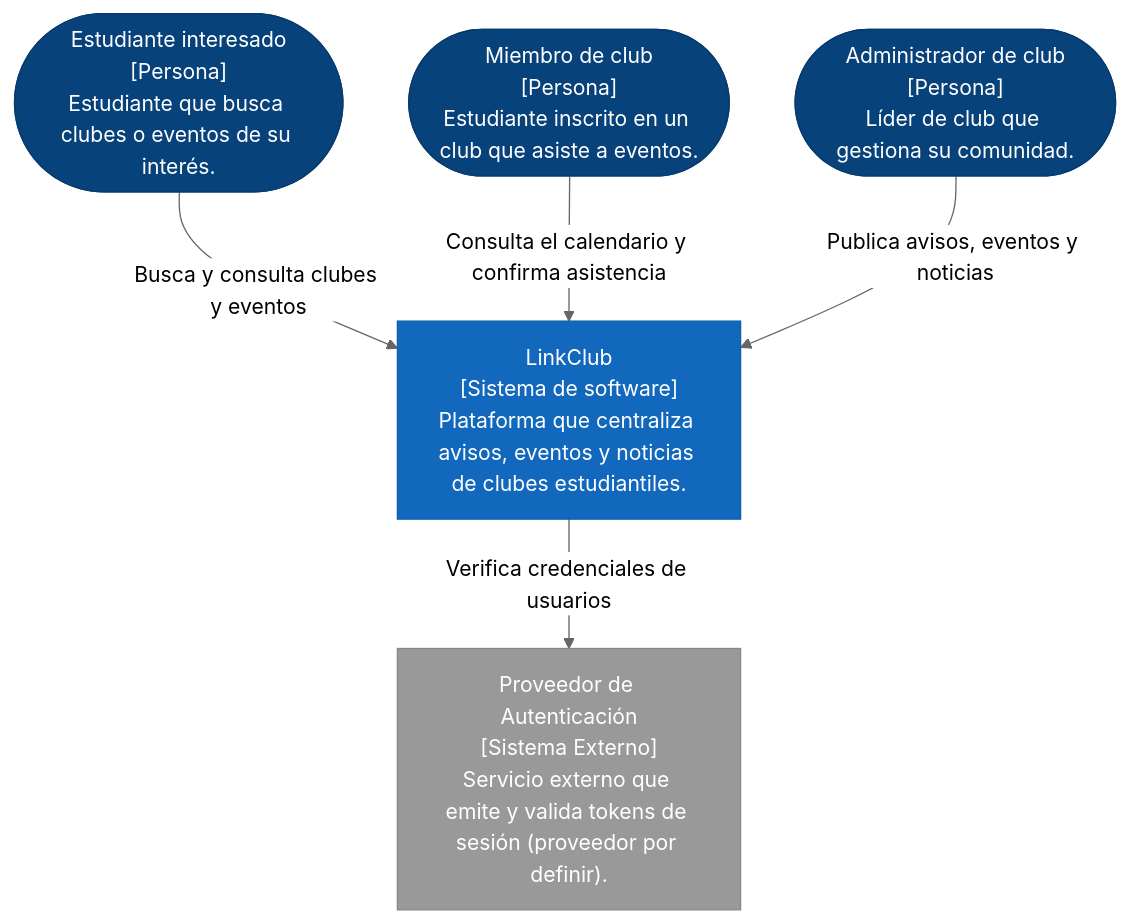
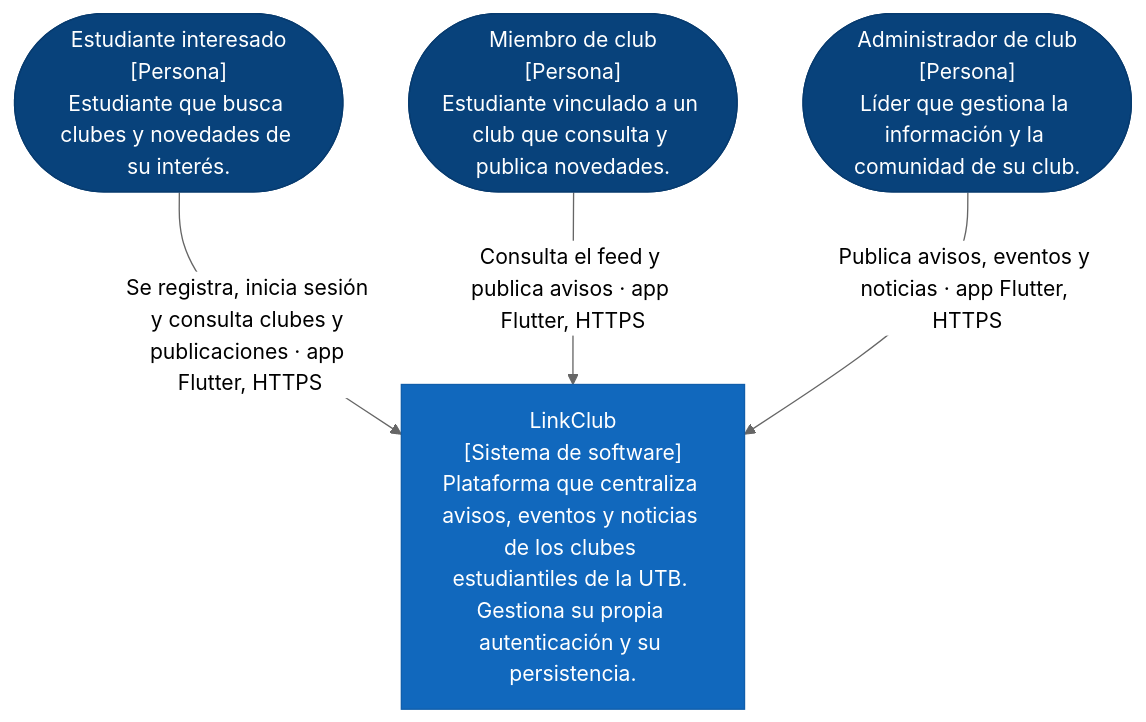
Before and after one commit to ISCOUTB/AS_202620_Clubs_UTB: the first of 3 diagrams in docs/c4/contexto.md, drawn with Mermaid (neutral theme). The commit also changed other lines of this file and 15 other files, not shown here.

````diff
--- a/docs/c4/contexto.md
+++ b/docs/c4/contexto.md
@@ -3,19 +8,15 @@
 ```mermaid
 graph TD
     classDef persona fill:#08427B,stroke:#073B6F,color:#fff;
     classDef sistema fill:#1168BD,stroke:#105EAB,color:#fff;
-    classDef externo fill:#999999,stroke:#888888,color:#fff;
 
-    EI(["Estudiante interesado<br/>[Persona]<br/>Estudiante que busca clubes o eventos de su interés."]):::persona
-    MC(["Miembro de club<br/>[Persona]<br/>Estudiante inscrito en un club que asiste a eventos."]):::persona
-    AC(["Administrador de club<br/>[Persona]<br/>Líder de club que gestiona su comunidad."]):::persona
+    EI(["Estudiante interesado<br/>[Persona]<br/>Estudiante que busca clubes y novedades de su interés."]):::persona
+    MC(["Miembro de club<br/>[Persona]<br/>Estudiante vinculado a un club que consulta y publica novedades."]):::persona
+    AC(["Administrador de club<br/>[Persona]<br/>Líder que gestiona la información y la comunidad de su club."]):::persona
 
-    SYS["LinkClub<br/>[Sistema de software]<br/>Plataforma que centraliza avisos, eventos y noticias de clubes estudiantiles."]:::sistema
+    SYS["LinkClub<br/>[Sistema de software]<br/>Plataforma que centraliza avisos, eventos y noticias de los clubes estudiantiles de la UTB. Gestiona su propia autenticación y su persistencia."]:::sistema
 
-    SAE["Proveedor de Autenticación<br/>[Sistema Externo]<br/>Servicio externo que emite y valida tokens de sesión (proveedor por definir)."]:::externo
-
-    EI -->|Busca y consulta clubes y eventos| SYS
-    MC -->|Consulta el calendario y confirma asistencia| SYS
-    AC -->|Publica avisos, eventos y noticias| SYS
-    SYS -->|Verifica credenciales de usuarios| SAE
+    EI -->|"Se registra, inicia sesión y consulta clubes y publicaciones · app Flutter, HTTPS"| SYS
+    MC -->|"Consulta el feed y publica avisos · app Flutter, HTTPS"| SYS
+    AC -->|"Publica avisos, eventos y noticias · app Flutter, HTTPS"| SYS
 ```
````
